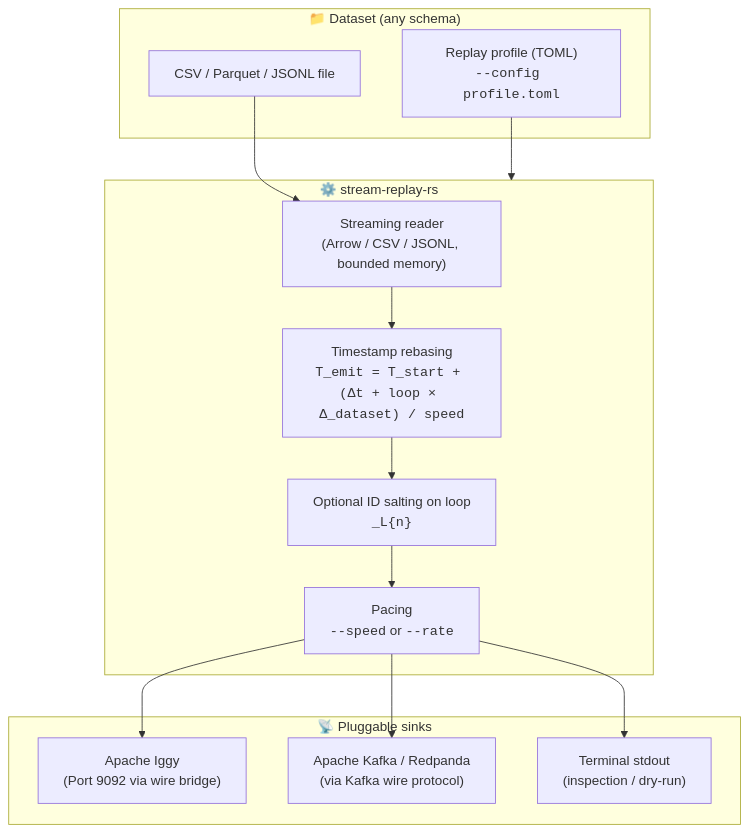
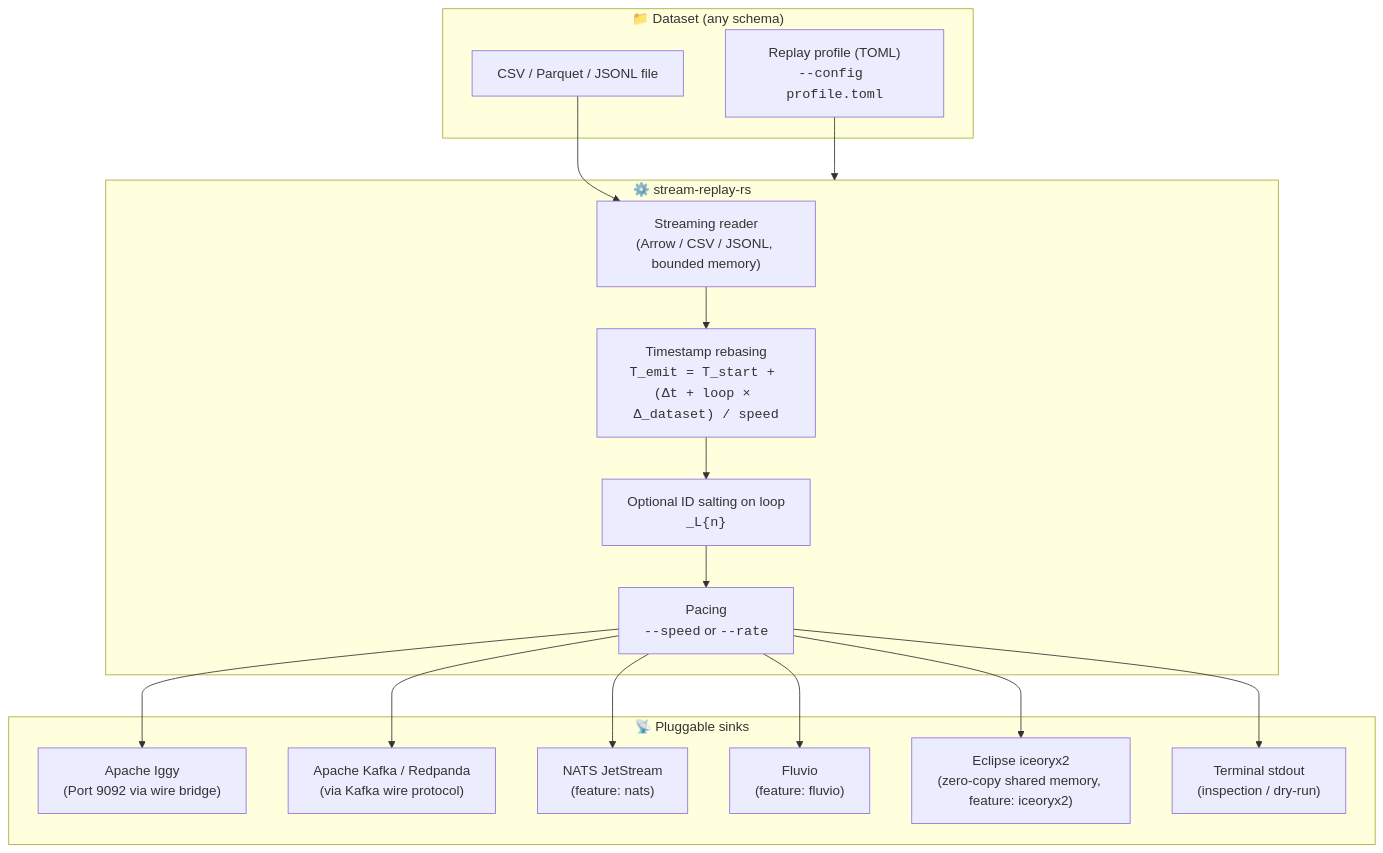
The diagram in README.md (reidlai/stream-replay-rs), drawn with Mermaid before and after one commit. The commit also changed other lines of this file and 2 other files, not shown here.

Commit message:
docs(sinks): document all six sinks, feature flags and certify in standards tests (Story 14.5)

````diff
--- a/README.md
+++ b/README.md
@@ -18,27 +18,33 @@
 ```mermaid
 flowchart TD
     subgraph Input ["📁 Dataset (any schema)"]
         Dataset["CSV / Parquet / JSONL file"]
         Profile["Replay profile (TOML)<br/><code>--config profile.toml</code>"]
     end
 
     subgraph Engine ["⚙️ stream-replay-rs"]
         Reader["Streaming reader<br/>(Arrow / CSV / JSONL, bounded memory)"]
         TimeEngine["Timestamp rebasing<br/><code>T_emit = T_start + (Δt + loop × Δ_dataset) / speed</code>"]
         Salter["Optional ID salting on loop<br/><code>_L{n}</code>"]
         Pacer["Pacing<br/><code>--speed</code> or <code>--rate</code>"]
     end
 
     subgraph Sinks ["📡 Pluggable sinks"]
         Iggy["Apache Iggy<br/>(Port 9092 via wire bridge)"]
         Kafka["Apache Kafka / Redpanda<br/>(via Kafka wire protocol)"]
+        Nats["NATS JetStream<br/>(feature: nats)"]
+        Fluvio["Fluvio<br/>(feature: fluvio)"]
+        Iceoryx2["Eclipse iceoryx2<br/>(zero-copy shared memory, feature: iceoryx2)"]
         Stdout["Terminal stdout<br/>(inspection / dry-run)"]
     end
 
     Dataset --> Reader
     Profile --> Engine
     Reader --> TimeEngine --> Salter --> Pacer
     Pacer --> Iggy
     Pacer --> Kafka
+    Pacer --> Nats
+    Pacer --> Fluvio
+    Pacer --> Iceoryx2
     Pacer --> Stdout
 ```
````
